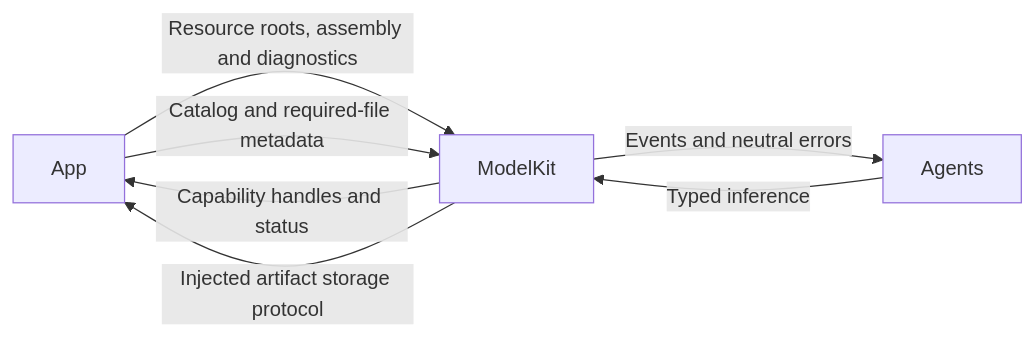
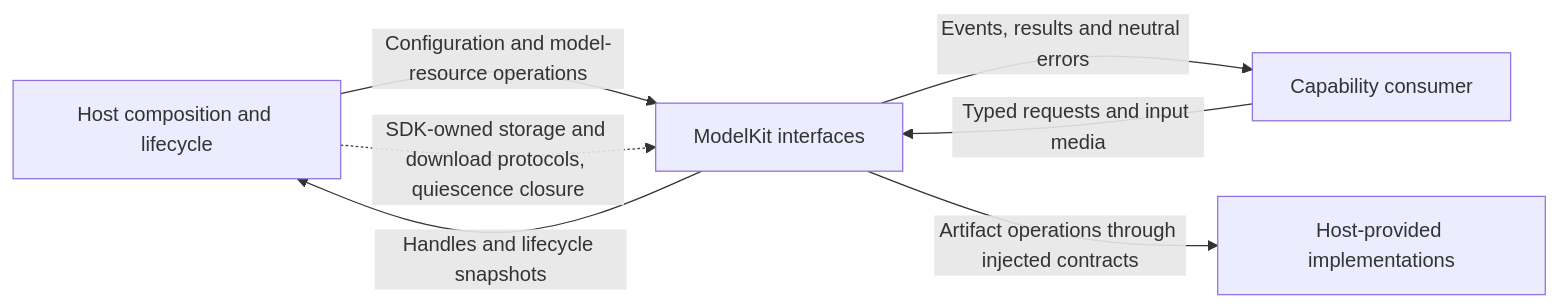
One commit to devilyouwei/MobileHarness changed the first of 2 diagrams in MobileHarness/ModelKit/README.md. Above: the diagram before and after it, drawn with Mermaid. The commit also changed other lines of this file and 102 other files, not shown here.

````diff
--- a/MobileHarness/ModelKit/README.md
+++ b/MobileHarness/ModelKit/README.md
@@ -15,9 +13,9 @@
 ```mermaid
 flowchart LR
- App -->|Resource roots, assembly and diagnostics| ModelKit
- Agents -->|Typed inference| ModelKit
- ModelKit -->|Events and neutral errors| Agents
- ModelKit -->|Capability handles and status| App
- App -->|Catalog and required-file metadata| ModelKit
- ModelKit -->|Injected artifact storage protocol| App
+ Host[Host composition and lifecycle] -->|Configuration and model-resource operations| SDK[ModelKit interfaces]
+ Caller[Capability consumer] -->|Typed requests and input media| SDK
+ SDK -->|Events, results and neutral errors| Caller
+ SDK -->|Handles and lifecycle snapshots| Host
+ Host -.->|SDK-owned storage and download protocols, quiescence closure| SDK
+ SDK -->|Artifact operations through injected contracts| Adapters[Host-provided implementations]
 ```
````
